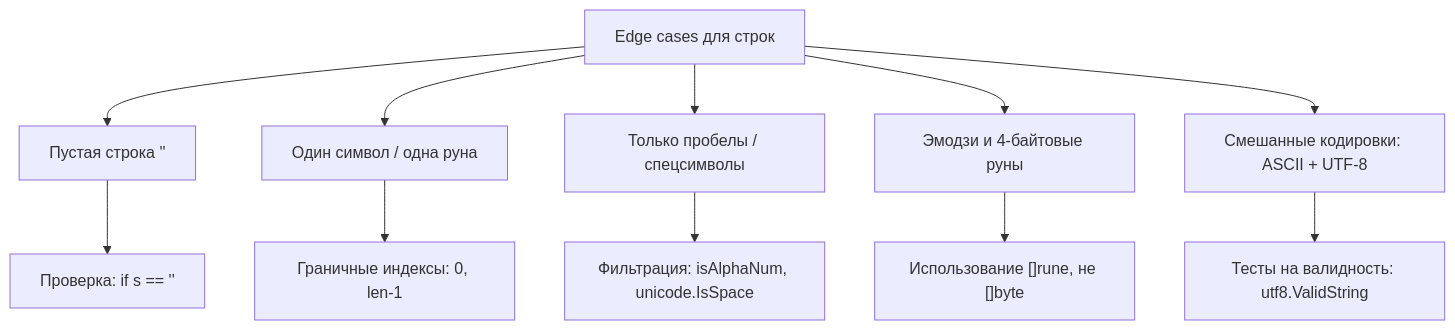
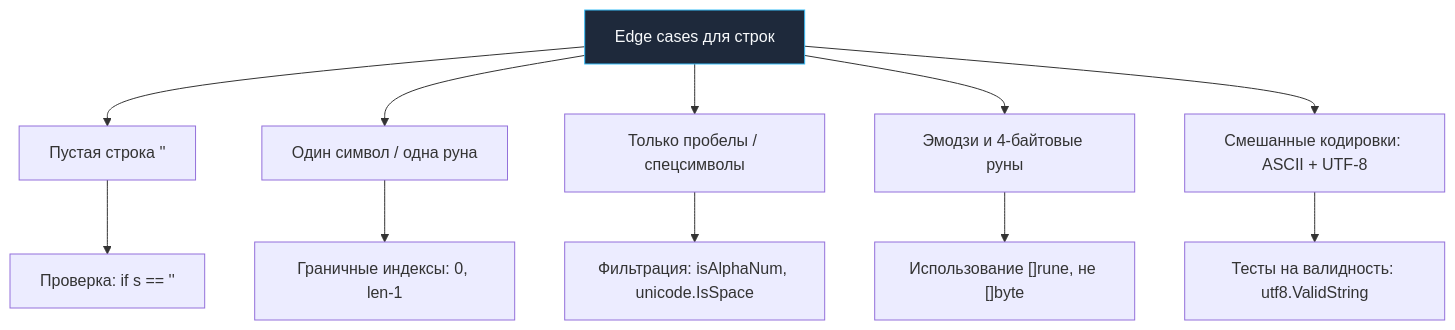
The third of 3 diagrams in sources/21. Задачи с LeetCode и собеседований на Go/02. Задачи/25. Строки/1. Теория. Строковые задачи.md (UnrealTemplier/go-textbook), drawn with Mermaid before and after one commit. The commit also changed other lines of this file and 1666 other files, not shown here.

First line of the commit message:
feat(mermaid): add semantic color classDef to 1369 colorless flowchart/graph diagrams

````diff
--- a/sources/21. Задачи с LeetCode и собеседований на Go/02. Задачи/25. Строки/1. Теория. Строковые задачи.md
+++ b/sources/21. Задачи с LeetCode и собеседований на Go/02. Задачи/25. Строки/1. Теория. Строковые задачи.md
@@ -244,13 +264,23 @@
 ```mermaid
 flowchart TD
-    A["Edge cases для строк"] --> B["Пустая строка ''"]
+    classDef process  fill:#1e293b,stroke:#38bdf8,stroke-width:1px,color:#f8fafc
+    classDef success  fill:#064e3b,stroke:#34d399,stroke-width:1px,color:#f8fafc
+    classDef error    fill:#7f1d1d,stroke:#f87171,stroke-width:1px,color:#f8fafc
+    classDef warning  fill:#78350f,stroke:#fbbf24,stroke-width:1px,color:#f8fafc
+    classDef entry    fill:#1e3a5f,stroke:#38bdf8,stroke-width:2px,color:#f8fafc
+    classDef aux      fill:#334155,stroke:#64748b,stroke-width:1px,color:#f8fafc
+    classDef system   fill:#312e81,stroke:#a78bfa,stroke-width:1px,color:#f8fafc
+    classDef data     fill:#132d29,stroke:#2dd4bf,stroke-width:1px,color:#f8fafc
+    classDef network  fill:#881337,stroke:#fb7185,stroke-width:1px,color:#f8fafc
+    classDef accent   fill:#1e1b4b,stroke:#818cf8,stroke-width:1px,color:#f8fafc
+    A["Edge cases для строк"]:::process --> B["Пустая строка ''"]
     A --> C["Один символ / одна руна"]
     A --> D["Только пробелы / спецсимволы"]
     A --> E["Эмодзи и 4-байтовые руны"]
     A --> F["Смешанные кодировки: ASCII + UTF-8"]
     B --> G["Проверка: if s == ''"]
     C --> H["Граничные индексы: 0, len-1"]
     D --> I["Фильтрация: isAlphaNum, unicode.IsSpace"]
     E --> J["Использование []rune, не []byte"]
     F --> K["Тесты на валидность: utf8.ValidString"]
 ```
````
